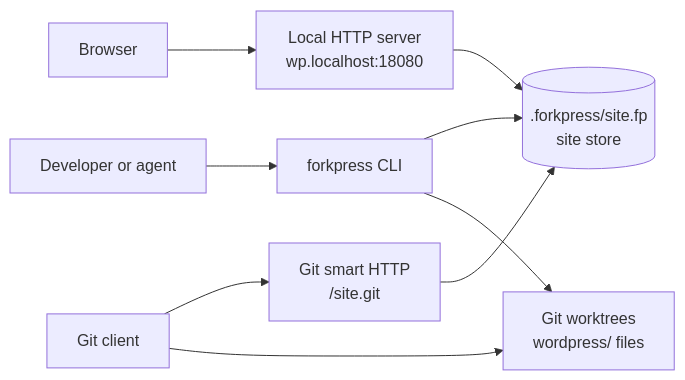
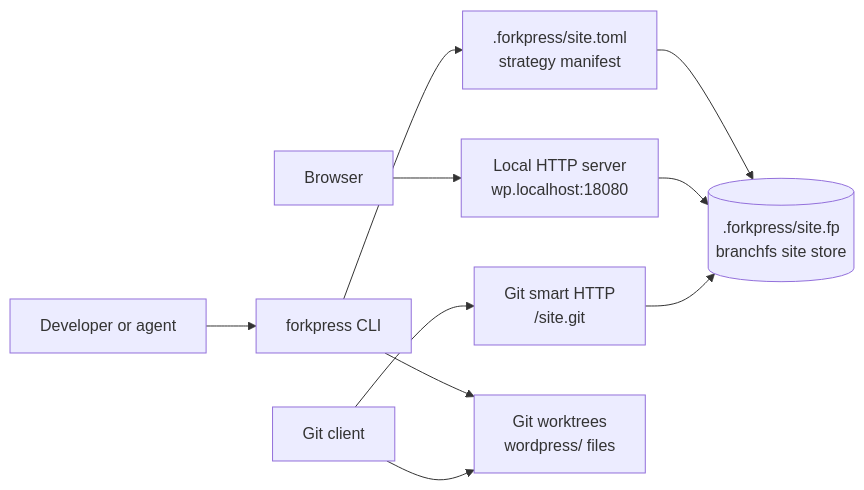
The first of 5 diagrams in README.md (Automattic/forkpress), drawn with Mermaid before and after one commit. The commit also changed other lines of this file and 1 other file, not shown here.

Commit message:
Add storage strategy manifest

````diff
--- a/README.md
+++ b/README.md
@@ -155,13 +165,14 @@
 ```mermaid
 flowchart LR
     user[Developer or agent] --> cli[forkpress CLI]
     browser[Browser] --> http[Local HTTP server<br/>wp.localhost:18080]
     git[Git client] --> smart[Git smart HTTP<br/>/site.git]
 
-    cli --> fp[(.forkpress/site.fp<br/>site store)]
+    cli --> manifest[.forkpress/site.toml<br/>strategy manifest]
+    manifest --> fp[(.forkpress/site.fp<br/>branchfs site store)]
     http --> fp
     smart --> fp
 
     cli --> worktree[Git worktrees<br/>wordpress/ files]
     git --> worktree
 ```
````
